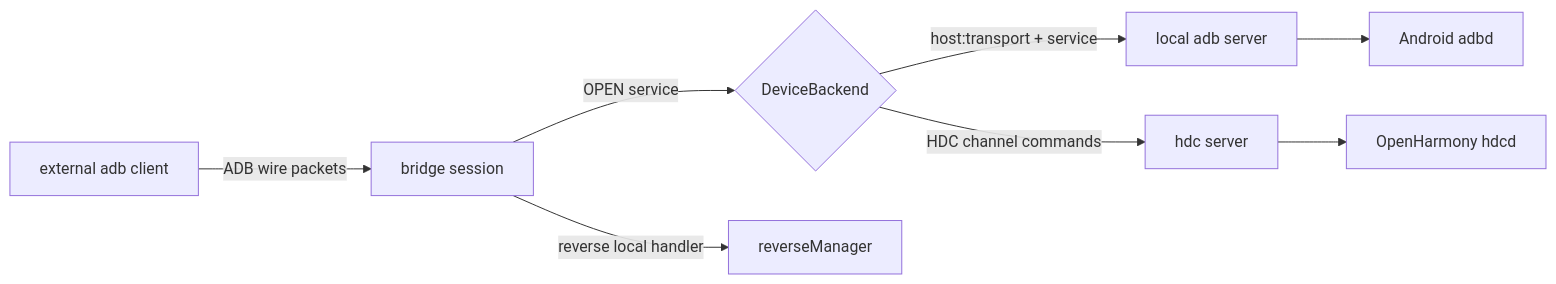
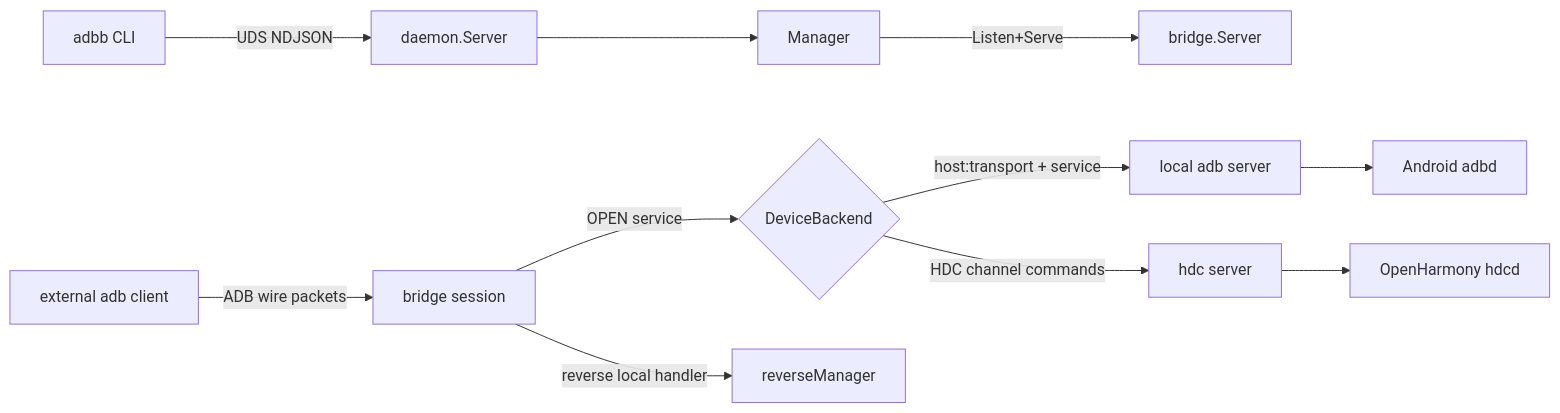
The diagram in docs/architecture.md (veritas501/adb-tcp-bridge), drawn with Mermaid before and after one commit. The commit also changed other lines of this file and 23 other files, not shown here.

First line of the commit message:
Add multi-device daemon and short-lived CLI control plane

````diff
--- a/docs/architecture.md
+++ b/docs/architecture.md
@@ -37,10 +50,13 @@
 ```mermaid
 flowchart LR
+    CLI[adbb CLI] -->|UDS NDJSON| DS[daemon.Server]
+    DS --> M[Manager]
+    M -->|Listen+Serve| BS[bridge.Server]
     C[external adb client] -->|ADB wire packets| S[bridge session]
     S -->|OPEN service| B{DeviceBackend}
     B -->|host:transport + service| A[local adb server]
     B -->|HDC channel commands| H[hdc server]
     A --> D[Android adbd]
     H --> O[OpenHarmony hdcd]
     S -->|reverse local handler| R[reverseManager]
 ```
````
